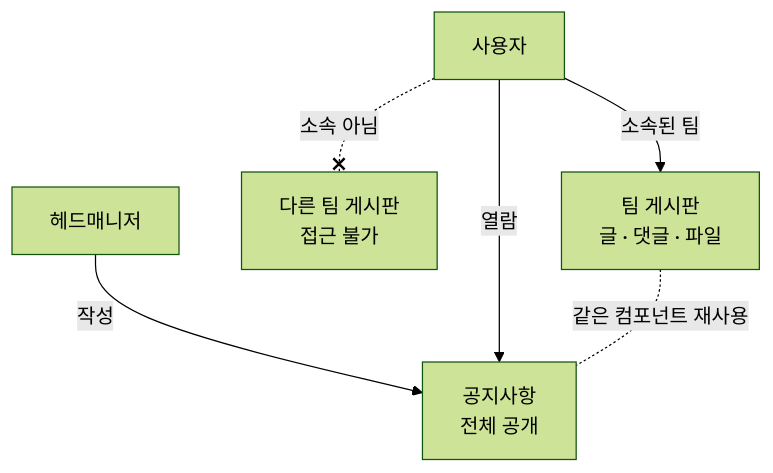
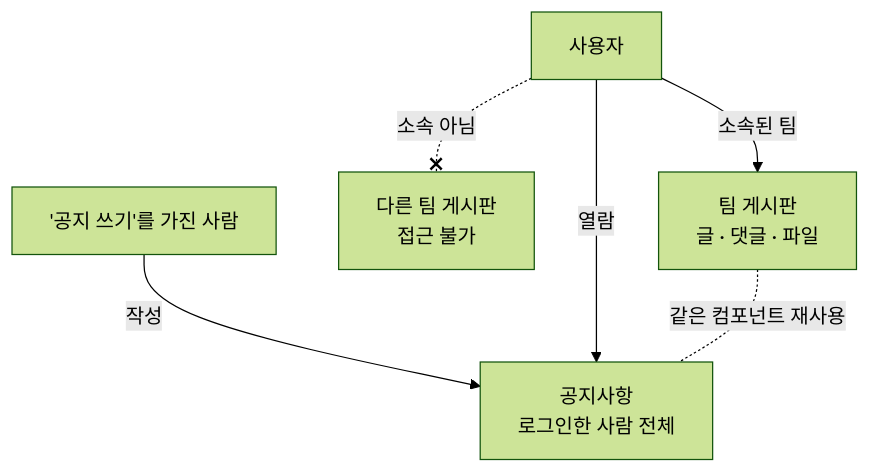
The first of 2 diagrams in .cluedoc/boards/README.md (minkong-dev/Banblit), drawn with Mermaid (forest theme) before and after one commit. The commit also changed other lines of this file and 11 other files, not shown here.

````diff
--- a/.cluedoc/boards/README.md
+++ b/.cluedoc/boards/README.md
@@ -13,8 +21,8 @@
 ```mermaid
 flowchart TD
     U[사용자] -->|소속된 팀| TB[팀 게시판<br/>글 · 댓글 · 파일]
     U -.소속 아님.-x OB[다른 팀 게시판<br/>접근 불가]
-    HM[헤드매니저] -->|작성| N[공지사항<br/>전체 공개]
+    HM["'공지 쓰기'를 가진 사람"] -->|작성| N[공지사항<br/>로그인한 사람 전체]
     U -->|열람| N
     TB -. 같은 컴포넌트 재사용 .- N
 ```
````
